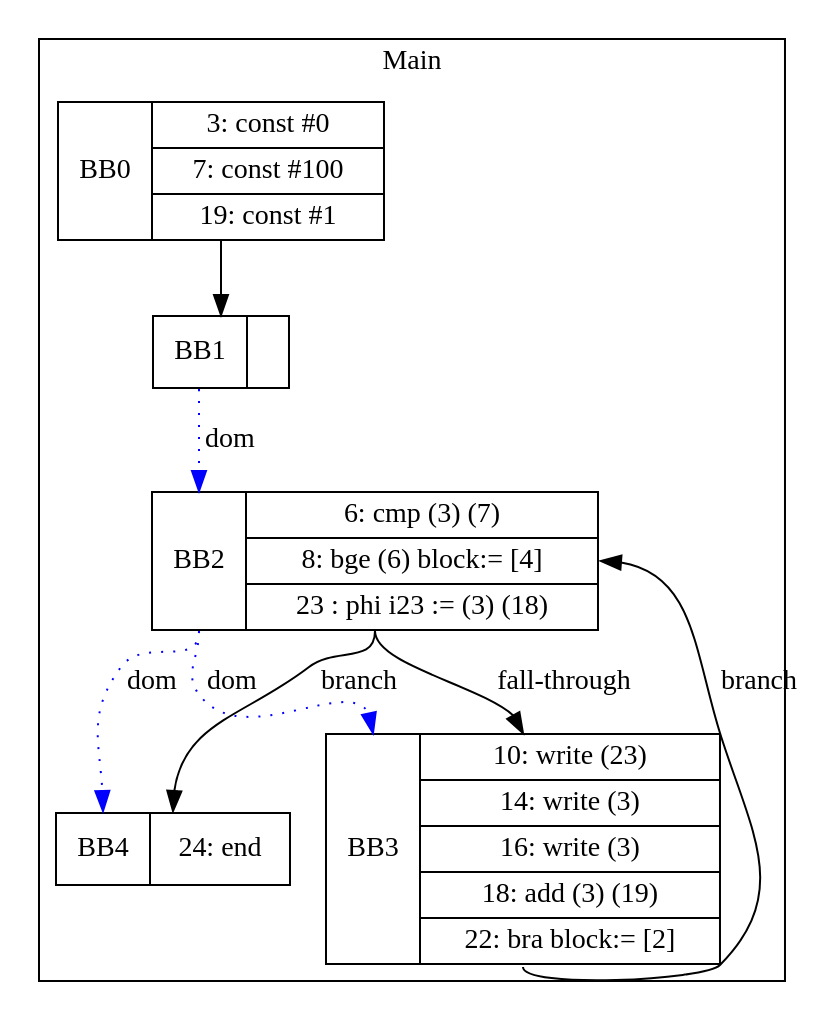
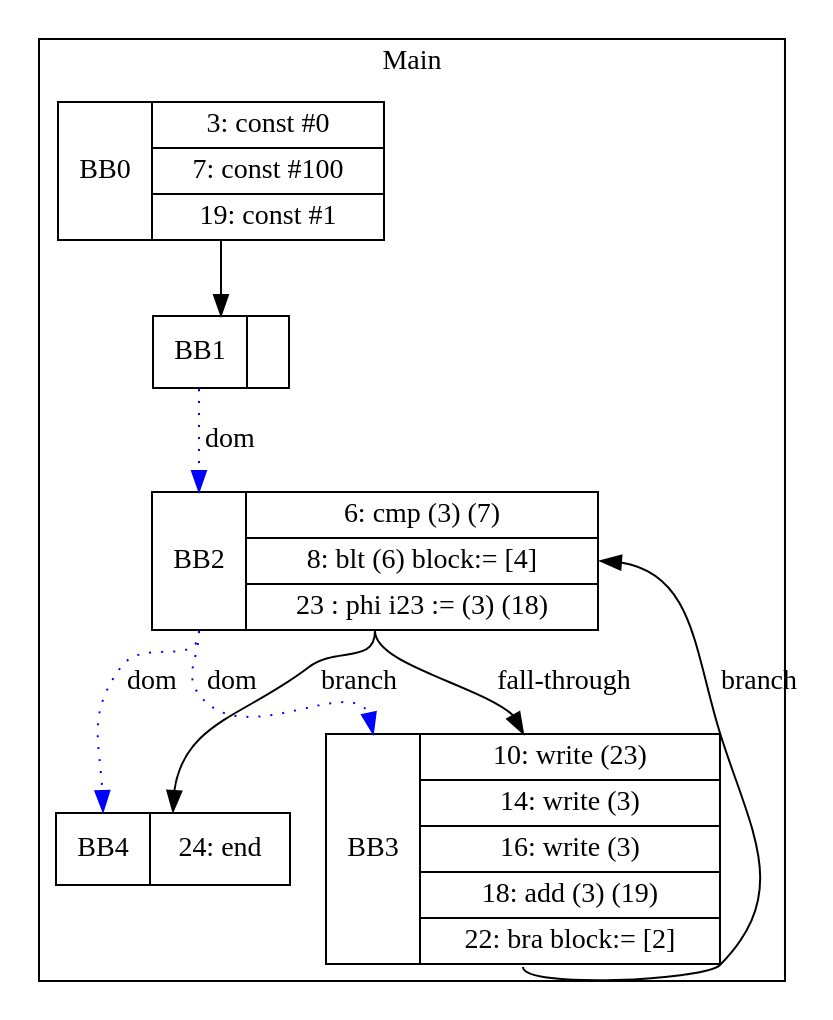
Before and after one commit to zjc664656505/UCI-CS241-Advanced-Compiler-main: the diagram in visualization/phillip/copyPropagationWithLoopPhis/midBlockUpdate.gv, drawn with Graphviz. The commit also changed 46 other files, not shown here.

```diff
--- a/visualization/phillip/copyPropagationWithLoopPhis/midBlockUpdate.gv
+++ b/visualization/phillip/copyPropagationWithLoopPhis/midBlockUpdate.gv
@@ -1,18 +1,18 @@
 digraph G {
 node [shape=record];
 subgraph cluster_main{
 label = "Main";
 BB0 [shape=record, label="<b>BB0|{3: const #0|7: const #100|19: const #1}"];
 BB1 [shape=record, label="<b>BB1|}"];
-BB2 [shape=record, label="<b>BB2|{6: cmp (3) (7)|8: bge (6) block:= [4]|23 : phi i23 := (3) (18)}"];
+BB2 [shape=record, label="<b>BB2|{6: cmp (3) (7)|8: blt (6) block:= [4]|23 : phi i23 := (3) (18)}"];
 BB3 [shape=record, label="<b>BB3|{10: write (23)|14: write (3)|16: write (3)|18: add (3) (19)|22: bra block:= [2]}"];
 BB4 [shape=record, label="<b>BB4|{24: end}"];
 }
 BB0:s -> BB1:n ;
 BB2:b -> BB3:b [color=blue, style=dotted, label="dom"];
 BB2:b -> BB4:b [color=blue, style=dotted, label="dom"];
 BB1:b -> BB2:b [color=blue, style=dotted, label="dom"];
 BB2:s -> BB4:n [label="branch"];
 BB3:s -> BB2:e [label="branch"];
 BB2:s -> BB3:n [label="fall-through"];
 }
```
